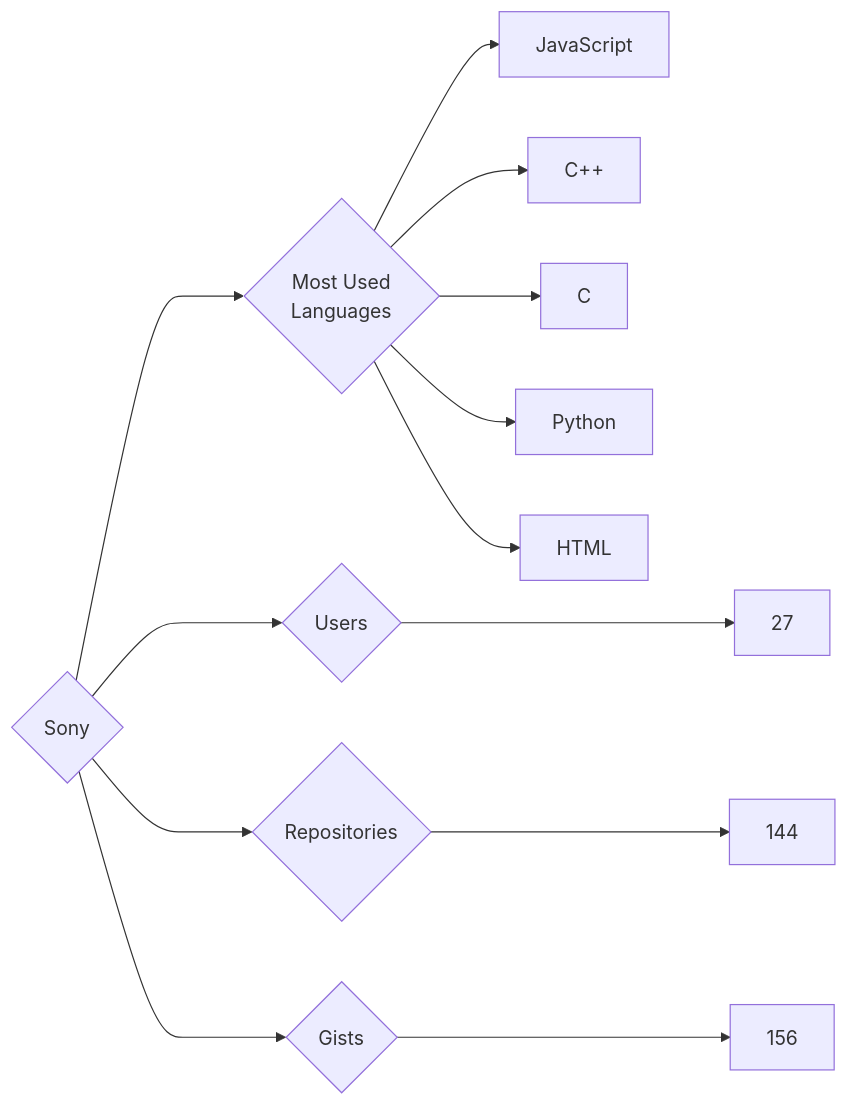
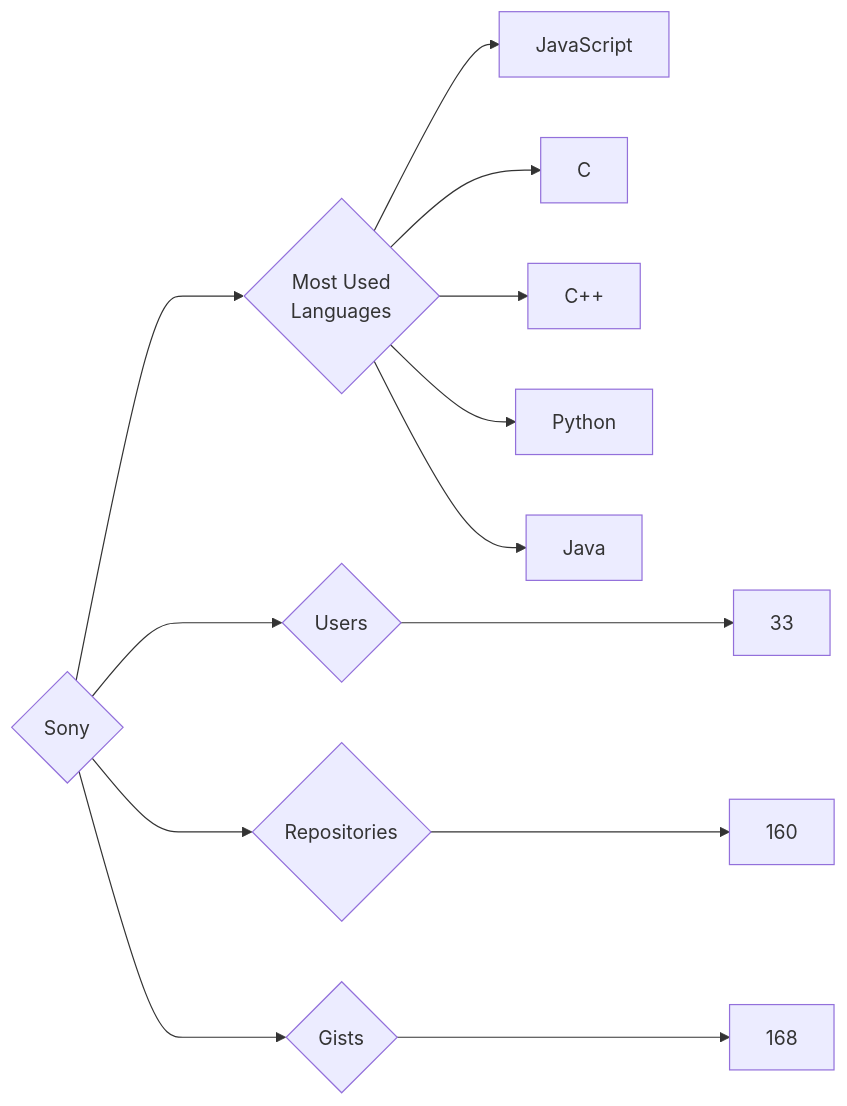
Before and after one commit to trickest/insiders: the diagram in targets/Sony/README.md, drawn with Mermaid. The commit also changed 1011 other files, not shown here.

````diff
--- a/targets/Sony/README.md
+++ b/targets/Sony/README.md
@@ -3,13 +3,13 @@
 ```mermaid
 graph LR
 COMPANY_NAME{Sony}
-COMPANY_NAME ---> U{Users} ---> UN[27]
-COMPANY_NAME ---> R{Repositories} ---> RN[144]
-COMPANY_NAME ---> G{Gists} ---> GN[156]
+COMPANY_NAME ---> U{Users} ---> UN[33]
+COMPANY_NAME ---> R{Repositories} ---> RN[160]
+COMPANY_NAME ---> G{Gists} ---> GN[168]
 COMPANY_NAME ---> ML{Most Used<br>Languages}
 ML --> JavaScript[JavaScript]
+ML --> C[C]
 ML --> C++[C++]
-ML --> C[C]
 ML --> Python[Python]
-ML --> HTML[HTML]
+ML --> Java[Java]
 ```
````
